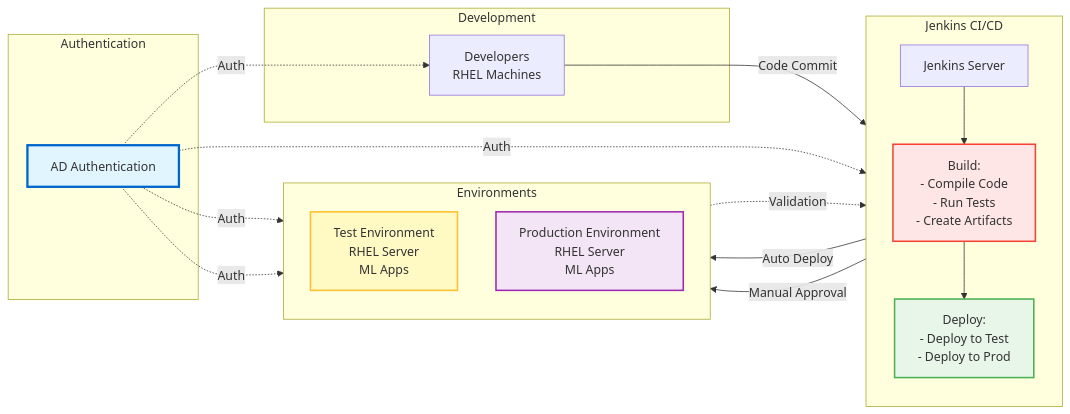
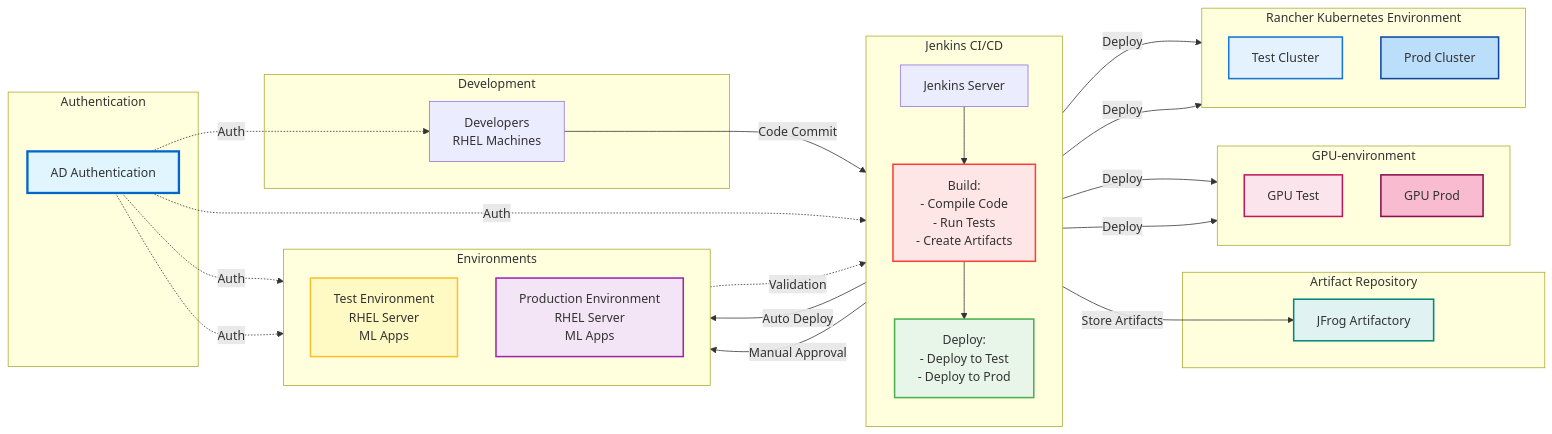
One commit to tv2-mle/mlops-arkitektur changed the diagram in docs/pipeline.mmd. Above: the diagram before and after it, drawn with Mermaid. The commit also changed 1 other file, not shown here.

```diff
--- a/docs/pipeline.mmd
+++ b/docs/pipeline.mmd
@@ -1,41 +1,66 @@
-
 flowchart LR
     subgraph "Development"
         DEV[Developers<br/>RHEL Machines]
     end
     
     subgraph "Authentication"
         AD[AD Authentication]
     end
     
     subgraph "Jenkins CI/CD"
         direction TB
         J[Jenkins Server]
         B[Build:<br/>- Compile Code<br/>- Run Tests<br/>- Create Artifacts]
         D[Deploy:<br/>- Deploy to Test<br/>- Deploy to Prod]
         J --> B
         B --> D
     end
     
+    subgraph "Artifact Repository"
+        JFROG[JFrog Artifactory]
+    end
+    
     subgraph "Environments"
         direction TB
         T[Test Environment<br/>RHEL Server<br/>ML Apps]
         P[Production Environment<br/>RHEL Server<br/>ML Apps]
+    end
+    
+    subgraph "GPU-environment"
+        direction TB
+        GT[GPU Test]
+        GP[GPU Prod]
+    end
+    
+    subgraph "Rancher Kubernetes Environment"
+        direction TB
+        RT[Test Cluster]
+        RP[Prod Cluster]
     end
     
     DEV -->|Code Commit| J
     AD -.->|Auth| DEV
     AD -.->|Auth| J
     AD -.->|Auth| T
     AD -.->|Auth| P
     
+    B -->|Store Artifacts| JFROG
     D -->|Auto Deploy| T
     D -->|Manual Approval| P
+    D -->|Deploy| GT
+    D -->|Deploy| GP
+    D -->|Deploy| RT
+    D -->|Deploy| RP
     
     T -.->|Validation| D
     
     style AD fill:#e1f5ff,stroke:#0066cc,stroke-width:3px
     style B fill:#ffe6e6,stroke:#f44336,stroke-width:2px
     style D fill:#e8f5e9,stroke:#4caf50,stroke-width:2px
+    style JFROG fill:#e0f2f1,stroke:#00897b,stroke-width:2px
     style T fill:#fff9c4,stroke:#fbc02d,stroke-width:2px
     style P fill:#f3e5f5,stroke:#9c27b0,stroke-width:2px
+    style GT fill:#fce4ec,stroke:#c2185b,stroke-width:2px
+    style GP fill:#f8bbd0,stroke:#880e4f,stroke-width:2px
+    style RT fill:#e3f2fd,stroke:#1976d2,stroke-width:2px
+    style RP fill:#bbdefb,stroke:#0d47a1,stroke-width:2px
```
